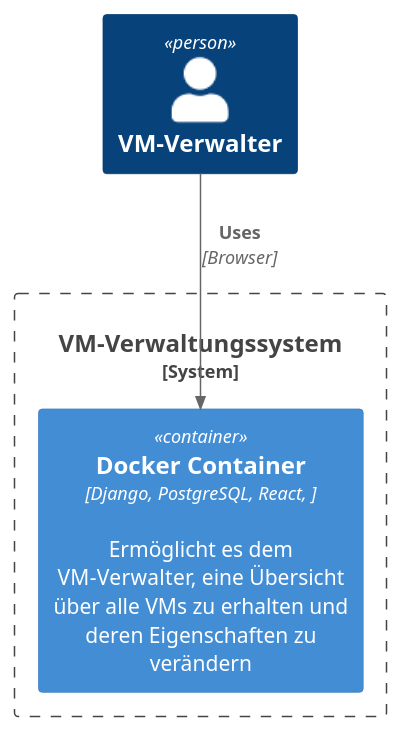
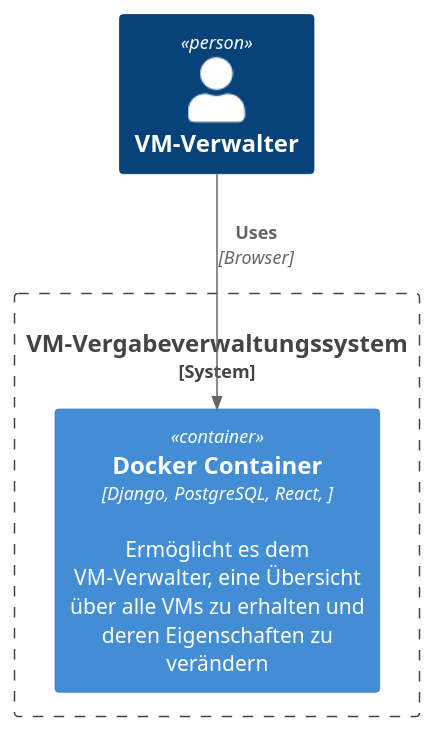
Before and after one commit to henrikalbrecht/I05-Virtuelle-Maschinen: the diagram in docs/architecture/c4-context.puml, drawn with PlantUML. The commit also changed 5 other files, not shown here.

```diff
--- a/docs/architecture/c4-context.puml
+++ b/docs/architecture/c4-context.puml
@@ -3,10 +3,10 @@
 @startuml Context
 !include https://raw.githubusercontent.com/plantuml-stdlib/C4-PlantUML/master/C4_Container.puml
 
 Person(admin, "VM-Verwalter")
-System_Boundary(c1, "VM-Verwaltungssystem") {
+System_Boundary(c1, "VM-Vergabeverwaltungssystem") {
     Container(web_app, "Docker Container", "Django, PostgreSQL, React, ", "Ermöglicht es dem VM-Verwalter, eine Übersicht über alle VMs zu erhalten und deren Eigenschaften zu verändern")
 }
 
 Rel(admin, web_app, "Uses", "Browser")
 @enduml
```
